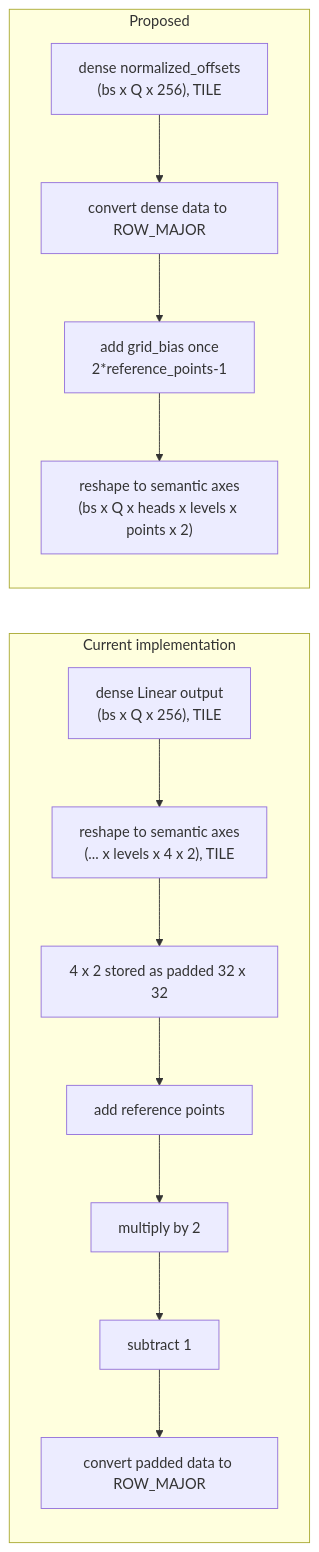
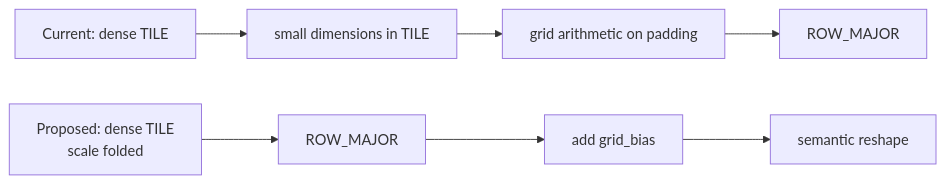
Before and after one commit to tenstorrent/tt-metal: the diagram in models/experimental/bevformer/docs/github/03.02-sampling-grid-row-major.md, drawn with Mermaid. The commit also changed other lines of this file and 1 other file, not shown here.

````diff
--- a/models/experimental/bevformer/docs/github/03.02-sampling-grid-row-major.md
+++ b/models/experimental/bevformer/docs/github/03.02-sampling-grid-row-major.md
@@ -45,17 +36,5 @@
 ```mermaid
 flowchart LR
-    subgraph current["Current implementation"]
-        C1["dense Linear output<br/>(bs x Q x 256), TILE"] --> C2["reshape to semantic axes<br/>(... x levels x 4 x 2), TILE"]
-        C2 --> C3["4 x 2 stored as padded 32 x 32"]
-        C3 --> C4["add reference points"]
-        C4 --> C5["multiply by 2"]
-        C5 --> C6["subtract 1"]
-        C6 --> C7["convert padded data to ROW_MAJOR"]
-    end
-
-    subgraph proposed["Proposed"]
-        P1["dense normalized_offsets<br/>(bs x Q x 256), TILE"] --> P2["convert dense data to ROW_MAJOR"]
-        P2 --> P3["add grid_bias once<br/>2*reference_points-1"]
-        P3 --> P4["reshape to semantic axes<br/>(bs x Q x heads x levels x points x 2)"]
-    end
+    C1["Current: dense TILE"] --> C2["small dimensions in TILE"] --> C3["grid arithmetic on padding"] --> C4["ROW_MAJOR"]
+    P1["Proposed: dense TILE<br/>scale folded"] --> P2["ROW_MAJOR"] --> P3["add grid_bias"] --> P4["semantic reshape"]
 ```
````
